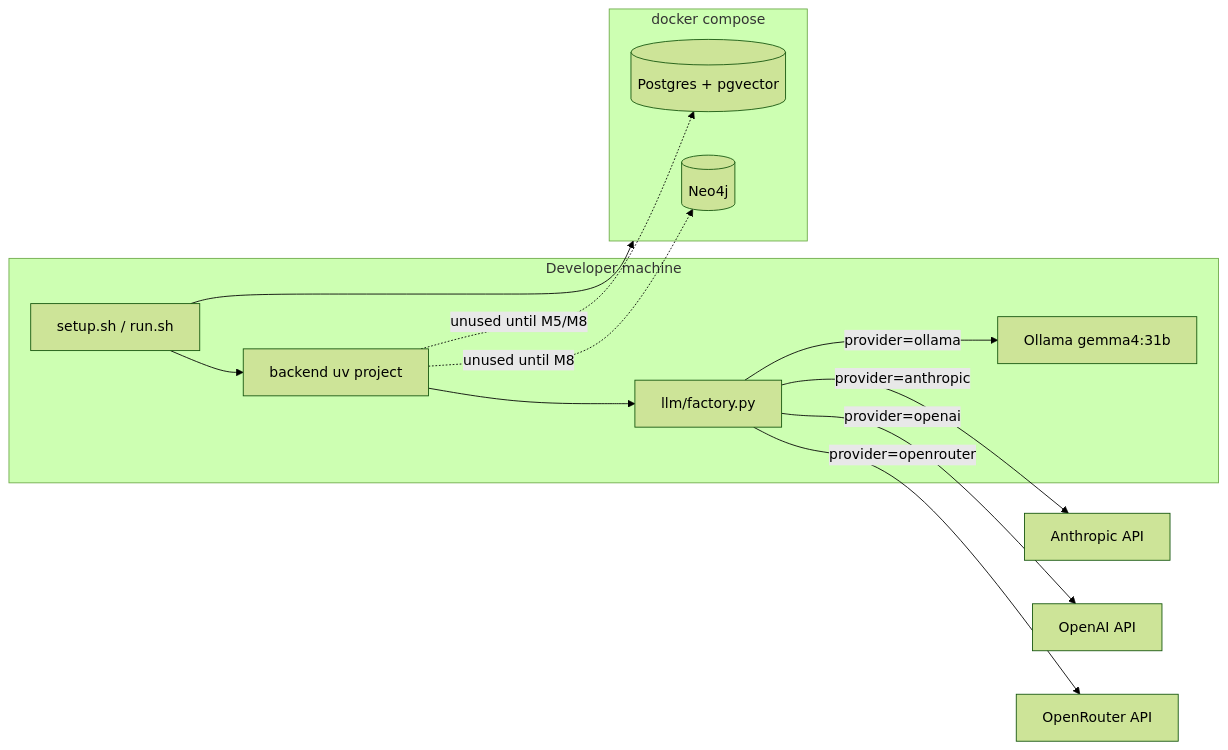
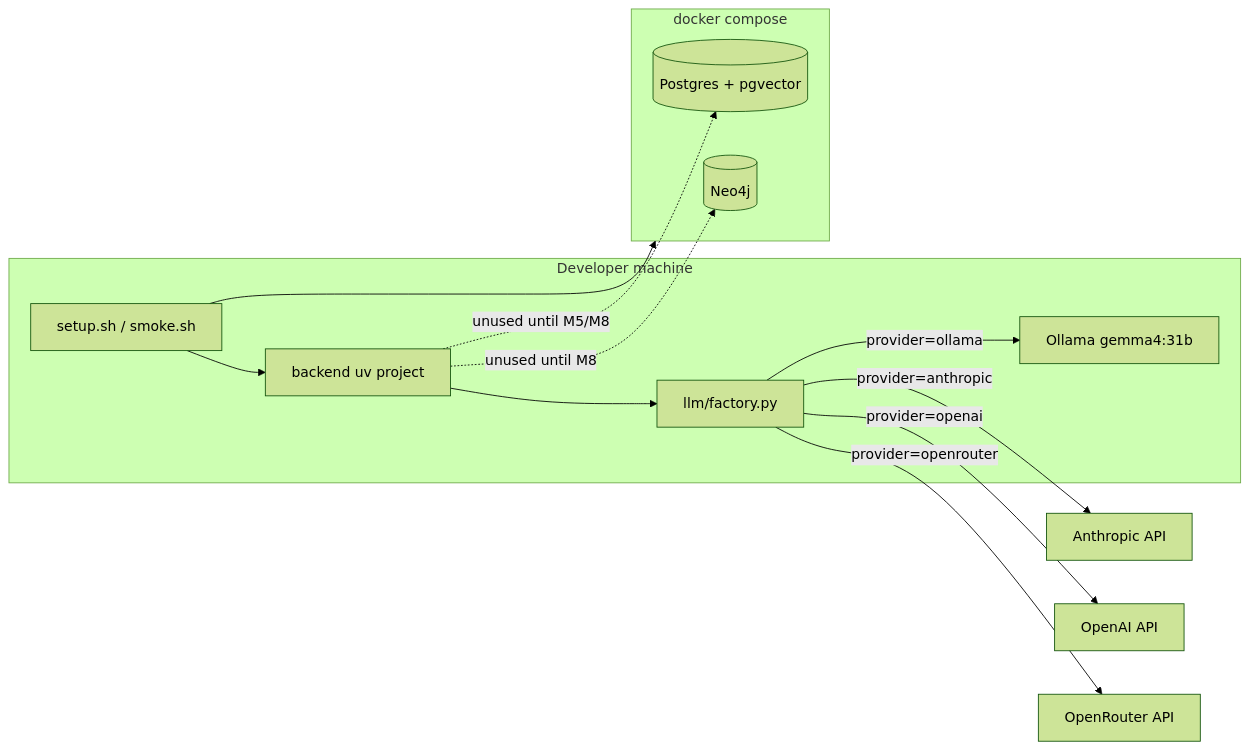
The first of 2 diagrams in docs/milestones/M0-environment.md (CharlotteYW/mini-claude-code), drawn with Mermaid (forest theme) before and after one commit. The commit also changed other lines of this file and 6 other files, not shown here.

First line of the commit message:
Rename LLM factory smoke entrypoint to scripts/smoke.sh.

````diff
--- a/docs/milestones/M0-environment.md
+++ b/docs/milestones/M0-environment.md
@@ -40,22 +40,22 @@
 ```mermaid
 flowchart LR
   subgraph host [Developer machine]
-    Scripts[setup.sh / run.sh]
+    Scripts[setup.sh / smoke.sh]
     Backend[backend uv project]
     Factory[llm/factory.py]
     Ollama[Ollama gemma4:31b]
   end
   subgraph compose [docker compose]
     PG[(Postgres + pgvector)]
     Neo4j[(Neo4j)]
   end
   Scripts --> Backend
   Scripts --> compose
   Backend --> Factory
   Factory -->|provider=ollama| Ollama
   Factory -->|provider=anthropic| Anthropic[Anthropic API]
   Factory -->|provider=openai| OpenAI[OpenAI API]
   Factory -->|provider=openrouter| OpenRouter[OpenRouter API]
   Backend -.->|unused until M5/M8| PG
   Backend -.->|unused until M8| Neo4j
 ```
````
